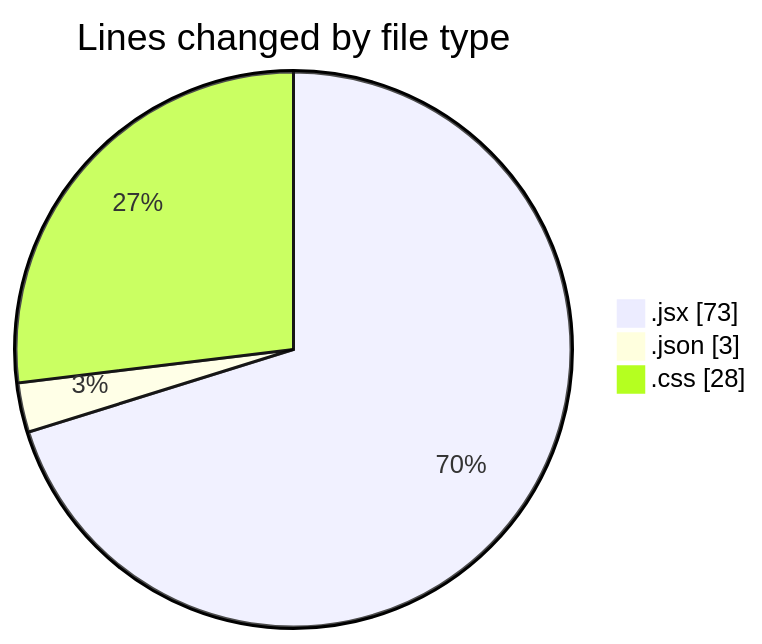
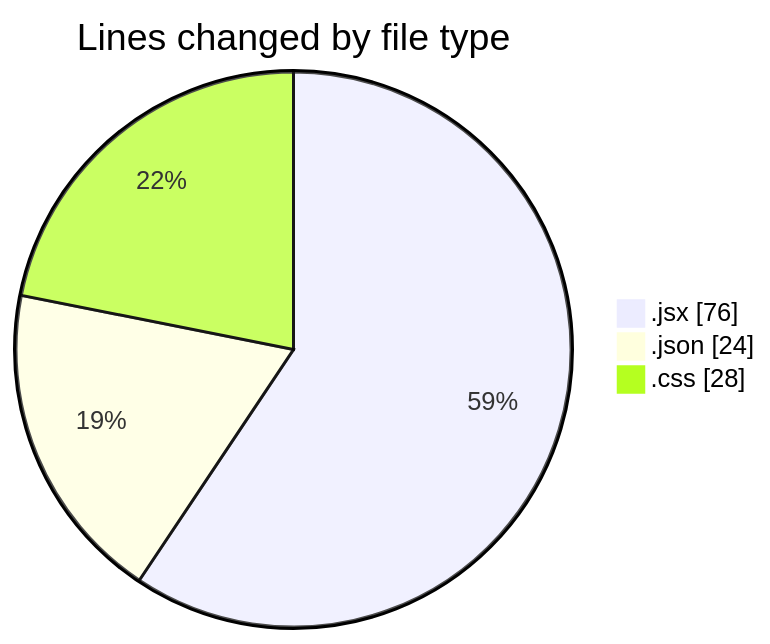
One commit to Elitesun/code-tracking changed the first of 2 diagrams in 2025-01-24/react/README.md. Above: the diagram before and after it, drawn with Mermaid. The commit also changed other lines of this file and 1 other file, not shown here.

````diff
--- a/2025-01-24/react/README.md
+++ b/2025-01-24/react/README.md
@@ -24,7 +25,7 @@
 ```mermaid
 pie showData
 title Lines changed by file type
-".jsx" : 73
-".json" : 3
+".jsx" : 76
+".json" : 24
 ".css" : 28
 ```
````
